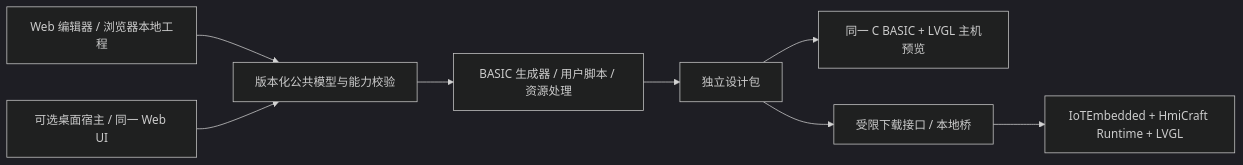
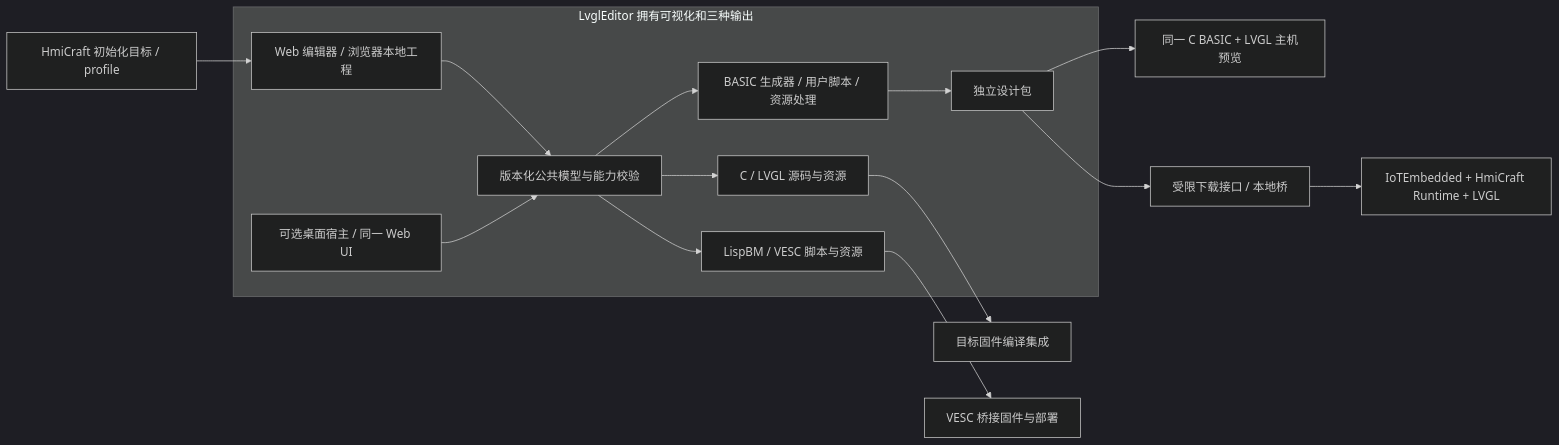
One commit to IoTSharp/HmiCraft changed the diagram in docs/analysis/lvgl-editor-integration.md. Above: the diagram before and after it, drawn with Mermaid (dark theme). The commit also changed other lines of this file and 8 other files, not shown here.

Commit message:
Pin the merged LvglEditor three-target implementation and verification

````diff
--- a/docs/analysis/lvgl-editor-integration.md
+++ b/docs/analysis/lvgl-editor-integration.md
@@ -65,10 +76,17 @@
 ```mermaid
 flowchart LR
+    Host[HmiCraft 初始化目标 / profile] --> Web
+    subgraph Editor[LvglEditor 拥有可视化和三种输出]
     Web[Web 编辑器 / 浏览器本地工程] --> Model[版本化公共模型与能力校验]
     Desktop[可选桌面宿主 / 同一 Web UI] --> Model
+    Model --> CTarget[C / LVGL 源码与资源]
+    Model --> LispTarget[LispBM / VESC 脚本与资源]
     Model --> Generator[BASIC 生成器 / 用户脚本 / 资源处理]
     Generator --> Package[独立设计包]
+    end
+    CTarget --> CIntegration[目标固件编译集成]
+    LispTarget --> VescIntegration[VESC 桥接固件与部署]
     Package --> Preview[同一 C BASIC + LVGL 主机预览]
     Package --> Transfer[受限下载接口 / 本地桥]
     Transfer --> Device[IoTEmbedded + HmiCraft Runtime + LVGL]
 ```
````
